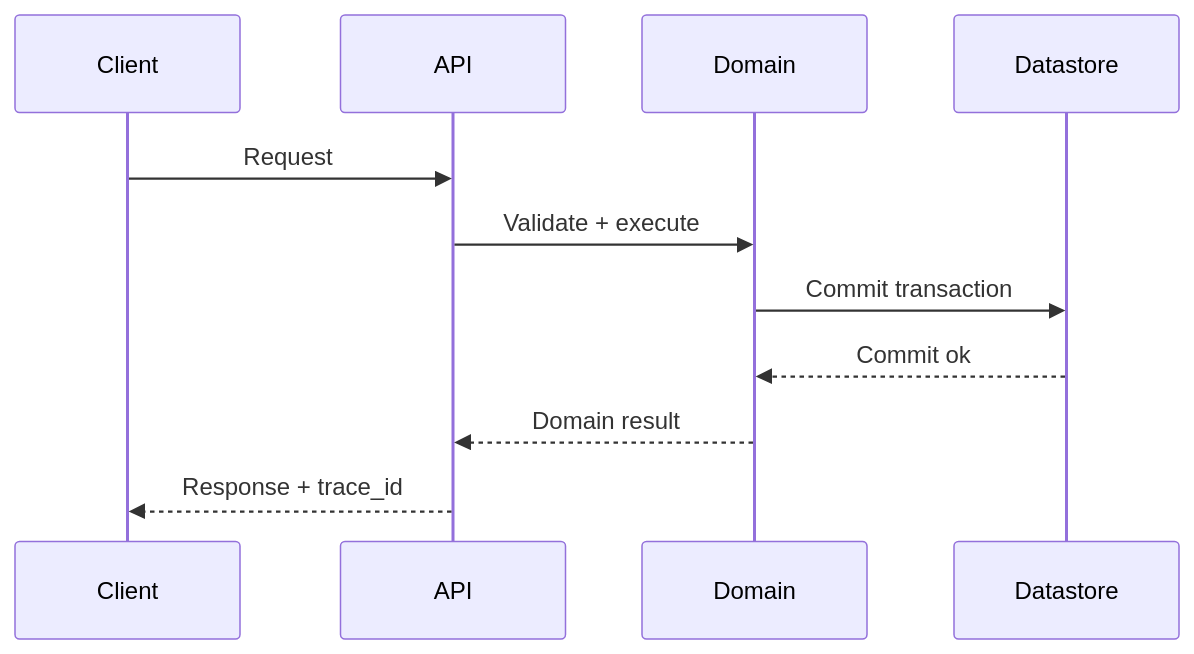
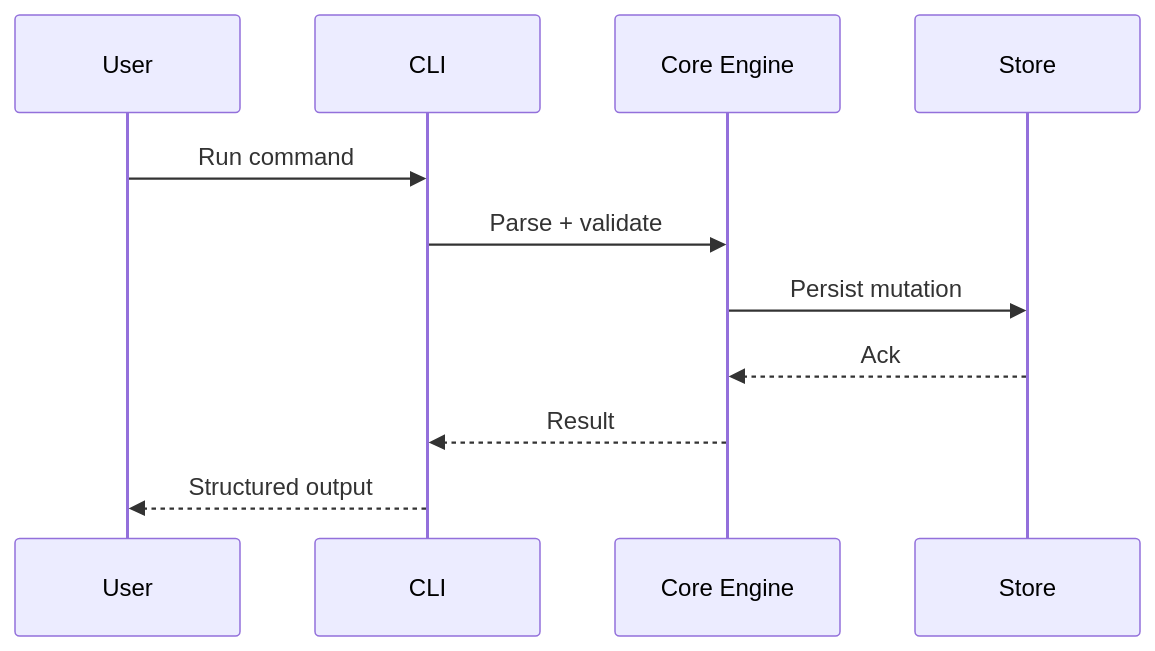
The third of 4 diagrams in .decapod/generated/specs/ARCHITECTURE.md (wizzense/decapod), drawn with Mermaid before and after one commit. The commit also changed other lines of this file and 18 other files, not shown here.

````diff
--- a/.decapod/generated/specs/ARCHITECTURE.md
+++ b/.decapod/generated/specs/ARCHITECTURE.md
@@ -32,13 +32,13 @@
 ```mermaid
 sequenceDiagram
-  participant C as Client
-  participant G as API
-  participant D as Domain
-  participant DB as Datastore
-  C->>G: Request
-  G->>D: Validate + execute
-  D->>DB: Commit transaction
-  DB-->>D: Commit ok
-  D-->>G: Domain result
-  G-->>C: Response + trace_id
+  participant U as User
+  participant C as CLI
+  participant E as Core Engine
+  participant S as Store
+  U->>C: Run command
+  C->>E: Parse + validate
+  E->>S: Persist mutation
+  S-->>E: Ack
+  E-->>C: Result
+  C-->>U: Structured output
 ```
````
